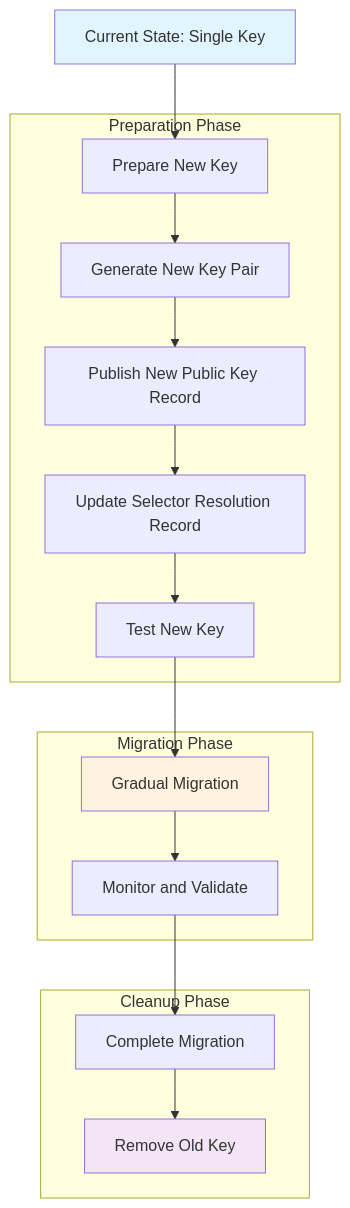
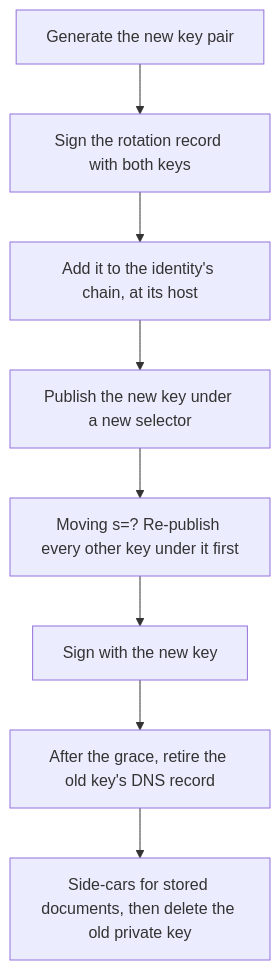
One commit to openbtps/btps-node changed the diagram in docs/docusaurus/docs/protocol/keyRotation.md. Above: the diagram before and after it, drawn with Mermaid. The commit also changed other lines of this file and 28 other files, not shown here.

````diff
--- a/docs/docusaurus/docs/protocol/keyRotation.md
+++ b/docs/docusaurus/docs/protocol/keyRotation.md
@@ -93,34 +49,10 @@
 ```mermaid
 graph TD
-    A[Current State: Single Key] --> B[Prepare New Key]
-    B --> C[Generate New Key Pair]
-    C --> D[Publish New Public Key Record]
-    D --> E[Update Selector Resolution Record]
-    E --> F[Test New Key]
-    F --> G[Gradual Migration]
-    G --> H[Monitor and Validate]
-    H --> I[Complete Migration]
-    I --> J[Remove Old Key]
-
-    subgraph "Preparation Phase"
-        B
-        C
-        D
-        E
-        F
-    end
-
-    subgraph "Migration Phase"
-        G
-        H
-    end
-
-    subgraph "Cleanup Phase"
-        I
-        J
-    end
-
-    style A fill:#e1f5fe
-    style G fill:#fff3e0
-    style J fill:#f3e5f5
+    A[Generate the new key pair] --> B[Sign the rotation record with both keys]
+    B --> C[Add it to the identity's chain, at its host]
+    C --> D[Publish the new key under a new selector]
+    D --> E[Moving s=? Re-publish every other key under it first]
+    E --> F[Sign with the new key]
+    F --> G[After the grace, retire the old key's DNS record]
+    G --> H[Side-cars for stored documents, then delete the old private key]
 ```
````
